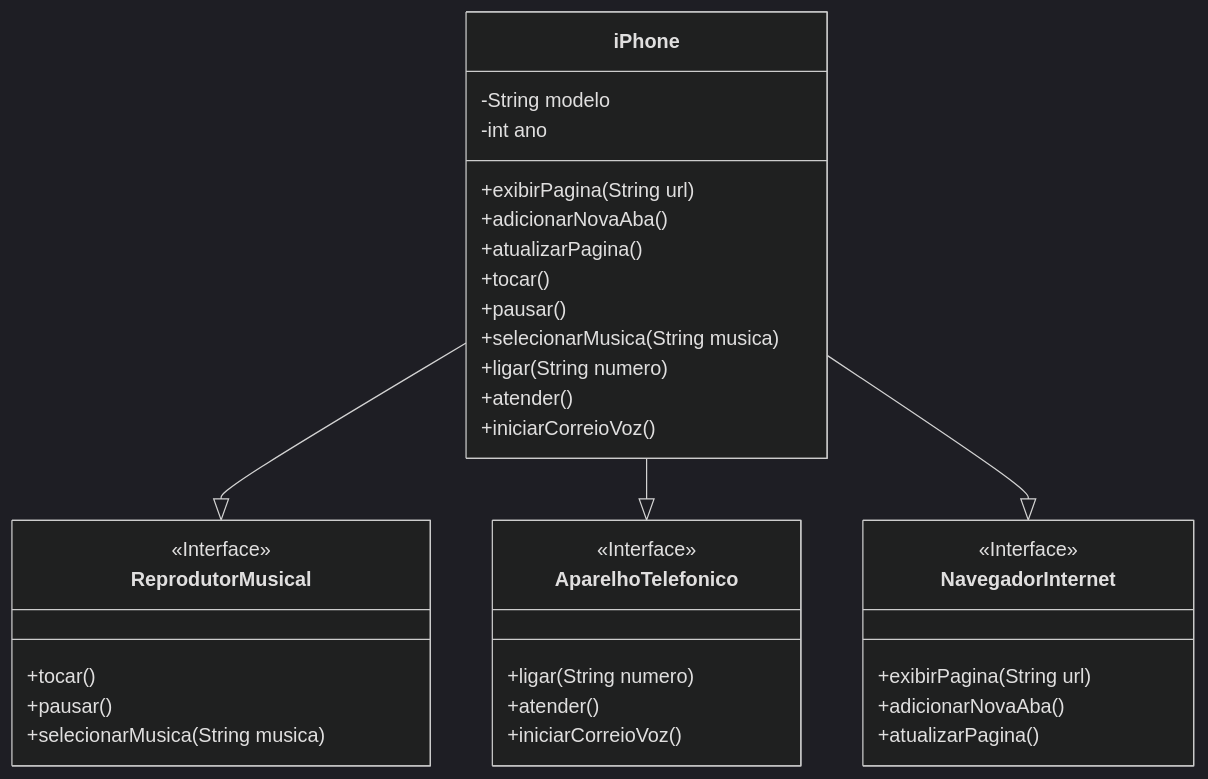
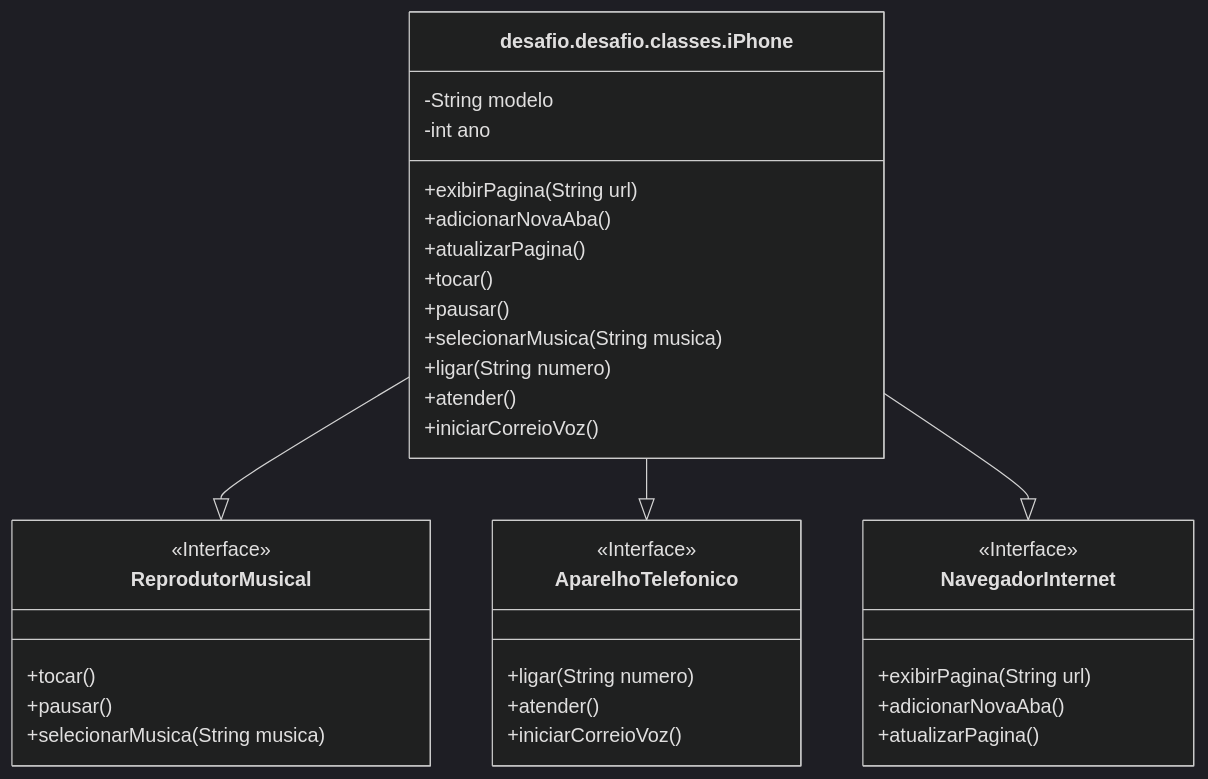
One commit to agsjohn/POOdesafioDio changed the diagram in README.md. Above: the diagram before and after it, drawn with Mermaid (dark theme). The commit also changed other lines of this file and 10 other files, not shown here.

````diff
--- a/README.md
+++ b/README.md
@@ -4,41 +4,41 @@
 ```mermaid
 classDiagram
-    class iPhone {
+    class desafio.desafio.classes.iPhone {
         -String modelo
         -int ano
         +exibirPagina(String url)
         +adicionarNovaAba()
         +atualizarPagina()
         +tocar()
         +pausar()
         +selecionarMusica(String musica)
         +ligar(String numero)
         +atender()
         +iniciarCorreioVoz()
     }
     
     class ReprodutorMusical {
         <<Interface>>
         +tocar()
         +pausar()
         +selecionarMusica(String musica)
     }
     
     class AparelhoTelefonico {
         <<Interface>>
         +ligar(String numero)
         +atender()
         +iniciarCorreioVoz()
     }
     
     class NavegadorInternet {
         <<Interface>>
         +exibirPagina(String url)
         +adicionarNovaAba()
         +atualizarPagina()
     }
     
-    iPhone --|> ReprodutorMusical
-    iPhone --|> AparelhoTelefonico
-    iPhone --|> NavegadorInternet
+    desafio.desafio.classes.iPhone --|> ReprodutorMusical
+    desafio.desafio.classes.iPhone --|> AparelhoTelefonico
+    desafio.desafio.classes.iPhone --|> NavegadorInternet
 ```
````
